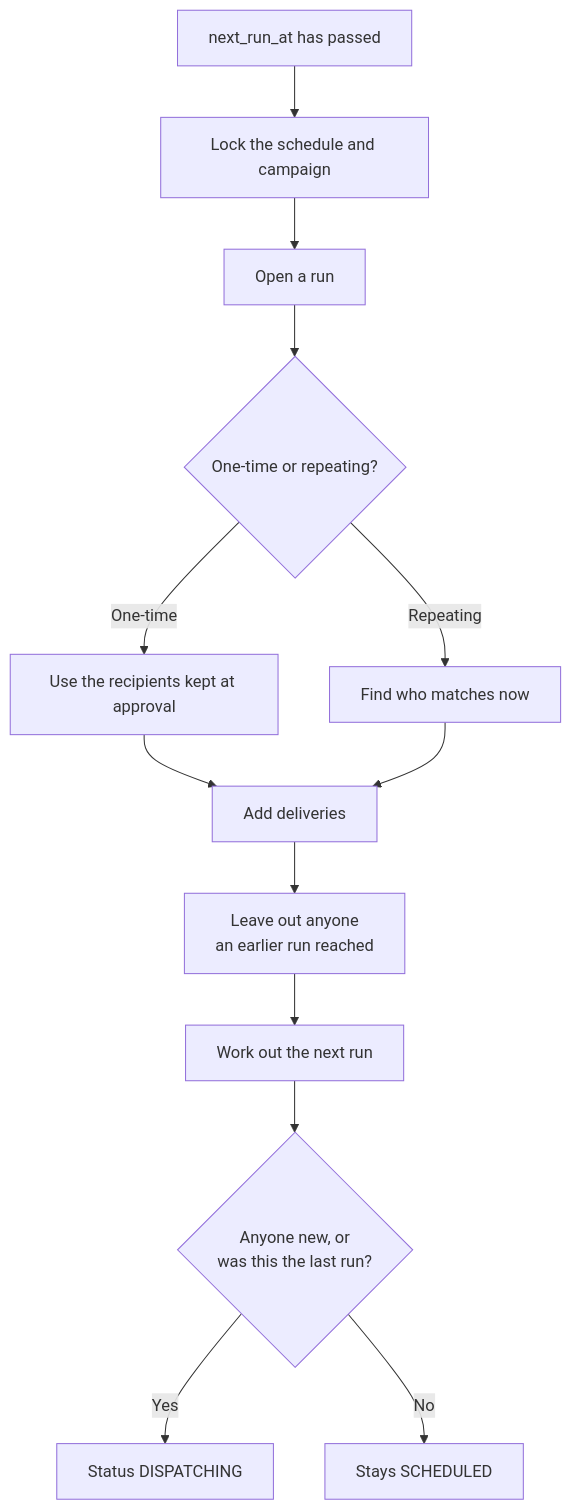
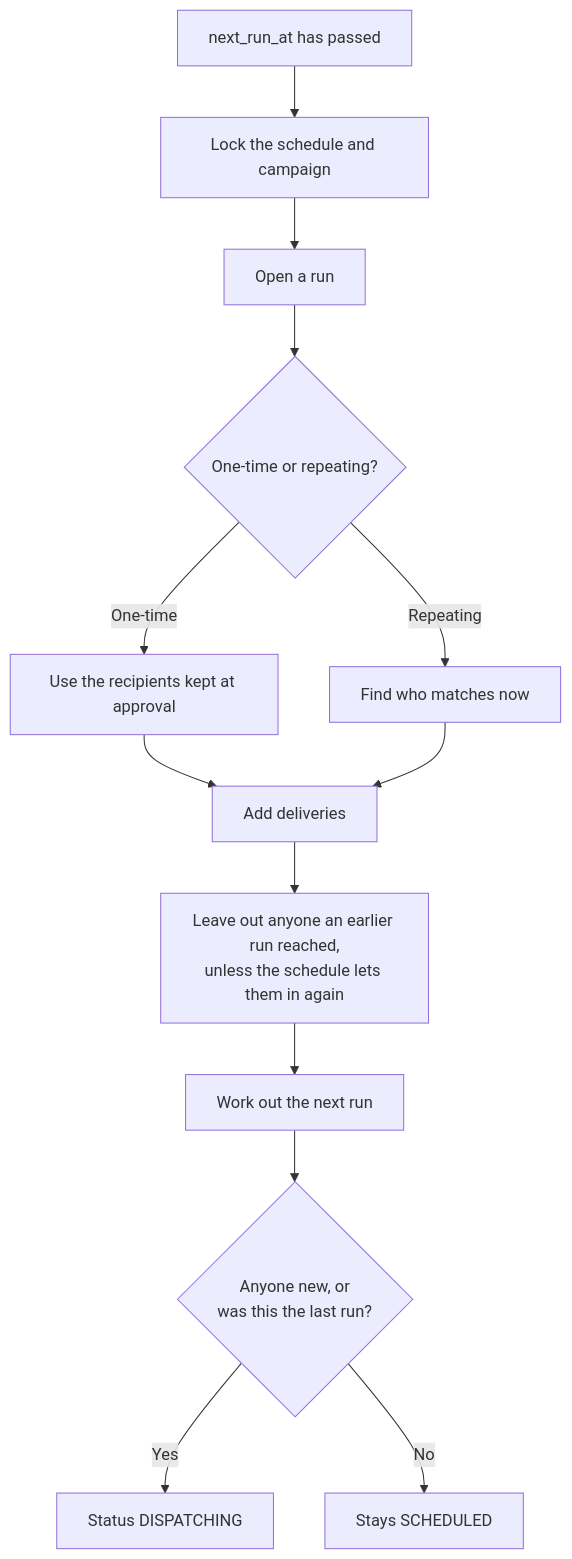
The ninth of 13 diagrams in docs/flows.md (negativexq/smart-campaign-composer), drawn with Mermaid before and after one commit. The commit also changed 13 other files, not shown here.

Commit message:
feat: let a repeating schedule choose whom later runs reach again

````diff
--- a/docs/flows.md
+++ b/docs/flows.md
@@ -253,15 +253,15 @@
 ```mermaid
 flowchart TD
     due[next_run_at has passed] --> lock[Lock the schedule and campaign]
     lock --> run[Open a run]
     run --> kind{One-time or repeating?}
     kind -->|One-time| kept[Use the recipients kept at approval]
     kind -->|Repeating| match[Find who matches now]
     kept --> insert[Add deliveries]
     match --> insert
-    insert --> unique[Leave out anyone<br/>an earlier run reached]
+    insert --> unique[Leave out anyone an earlier run reached,<br/>unless the schedule lets them in again]
     unique --> next[Work out the next run]
     next --> status{Anyone new, or<br/>was this the last run?}
     status -->|Yes| dispatching[Status DISPATCHING]
     status -->|No| stay[Stays SCHEDULED]
 ```
````
